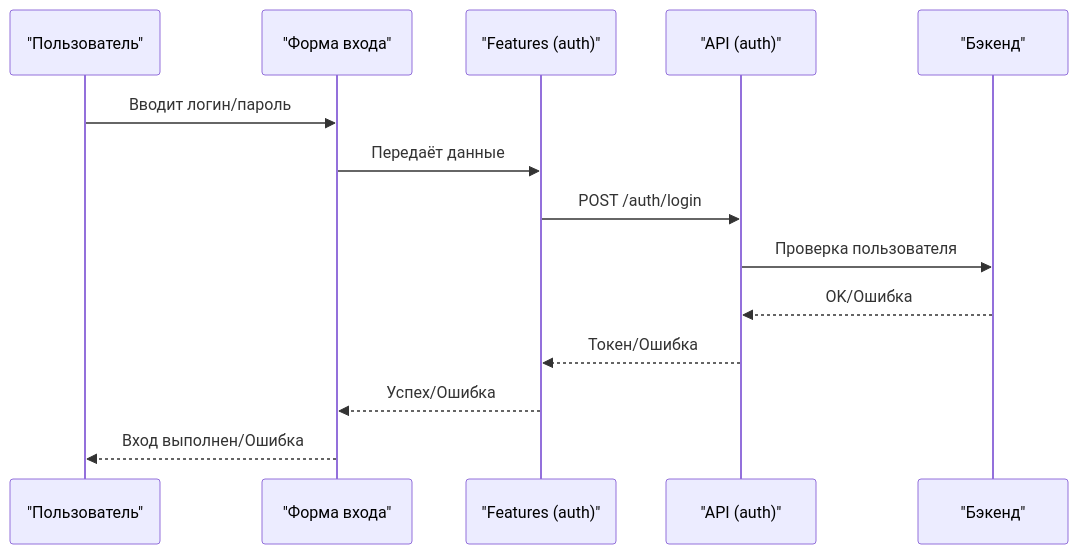
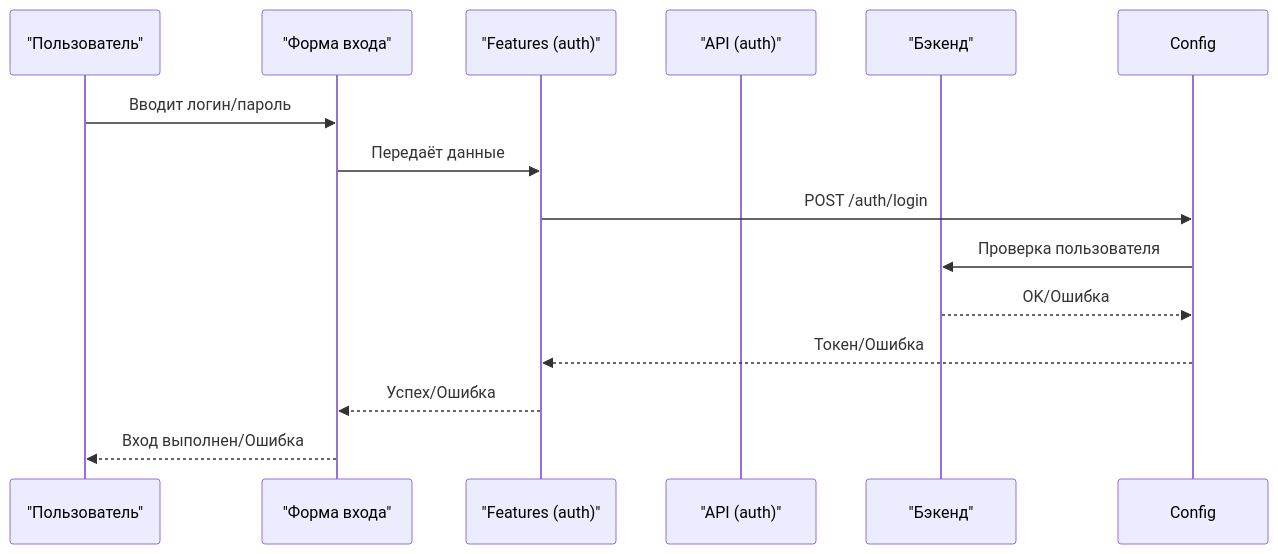
The fifth of 6 diagrams in README.md (WorkTechDevelop/frontend), drawn with Mermaid before and after one commit. The commit also changed other lines of this file and 2 other files, not shown here.

Commit message:
Refactor README.md to update API integration details, replacing references to internal API routes with external REST API configuration. Remove obsolete API route files to streamline project structure and enhance clarity on data flow and server interactions.

````diff
--- a/README.md
+++ b/README.md
@@ -256,17 +256,17 @@
 ```mermaid
 sequenceDiagram
   participant User as "Пользователь"
   participant UI as "Форма входа"
   participant Features as "Features (auth)"
   participant API as "API (auth)"
   participant Server as "Бэкенд"
 
   User->>UI: Вводит логин/пароль
   UI->>Features: Передаёт данные
-  Features->>API: POST /auth/login
-  API->>Server: Проверка пользователя
-  Server-->>API: OK/Ошибка
-  API-->>Features: Токен/Ошибка
+  Features->>Config: POST /auth/login
+  Config->>Server: Проверка пользователя
+  Server-->>Config: OK/Ошибка
+  Config-->>Features: Токен/Ошибка
   Features-->>UI: Успех/Ошибка
   UI-->>User: Вход выполнен/Ошибка
 ```
````
